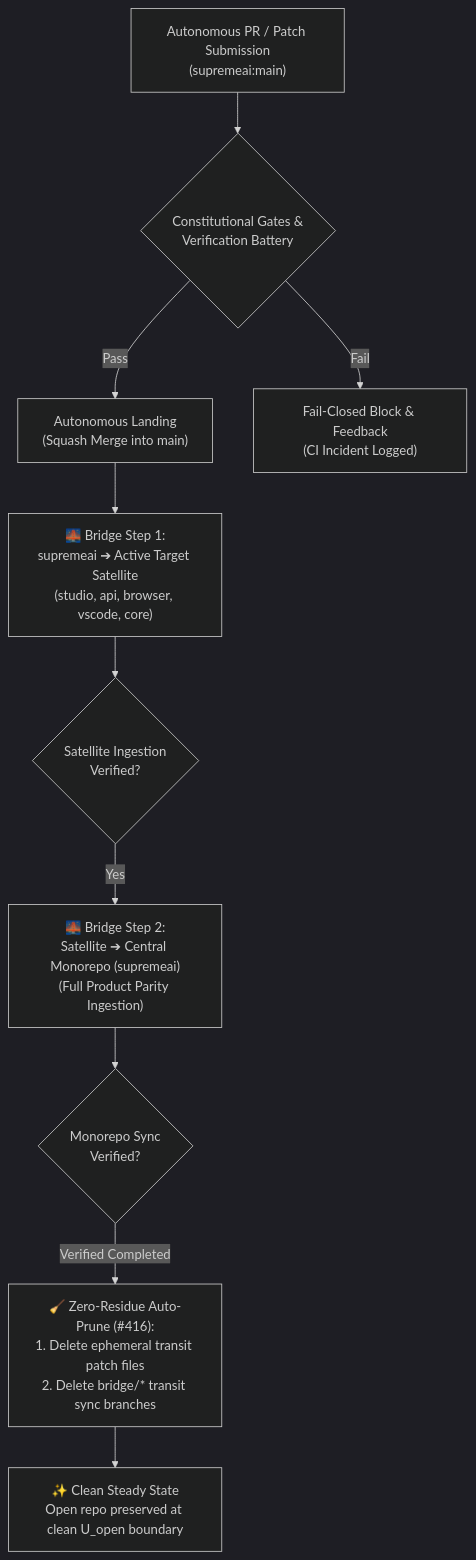
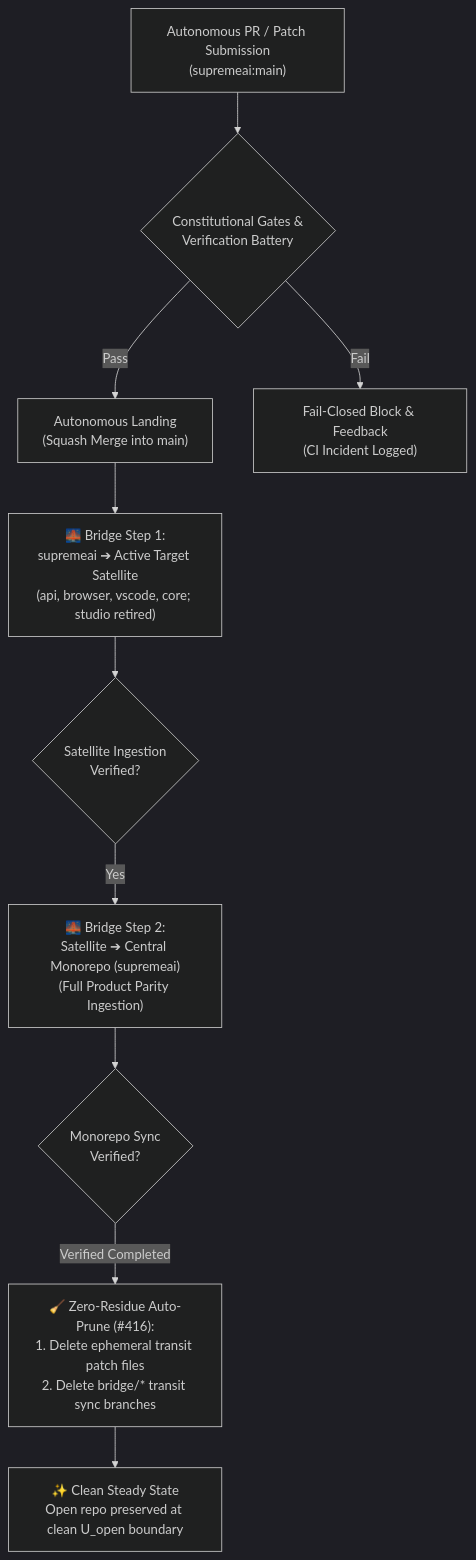
The third of 4 diagrams in README.md (Supremeai-bd/supremeai), drawn with Mermaid (dark theme) before and after one commit. The commit also changed other lines of this file and 71 other files, not shown here.

````diff
--- a/README.md
+++ b/README.md
@@ -97,18 +97,18 @@
 ```mermaid
 flowchart TD
     PR["Autonomous PR / Patch Submission<br>(supremeai:main)"] --> GATES{"Constitutional Gates &<br>Verification Battery"}
     
     GATES -- "Pass" --> LAND["Autonomous Landing<br>(Squash Merge into main)"]
     GATES -- "Fail" --> REJECT["Fail-Closed Block & Feedback<br>(CI Incident Logged)"]
     
-    LAND --> STEP1["🌉 Bridge Step 1:<br>supremeai ➔ Active Target Satellite<br>(studio, api, browser, vscode, core)"]
+    LAND --> STEP1["🌉 Bridge Step 1:<br>supremeai ➔ Active Target Satellite<br>(api, browser, vscode, core; studio retired)"]
     
     STEP1 --> VERIFY1{"Satellite Ingestion<br>Verified?"}
     VERIFY1 -- "Yes" --> STEP2["🌉 Bridge Step 2:<br>Satellite ➔ Central Monorepo (supremeai)<br>(Full Product Parity Ingestion)"]
     
     STEP2 --> VERIFY2{"Monorepo Sync<br>Verified?"}
     
     VERIFY2 -- "Verified Completed" --> PRUNE["🧹 Zero-Residue Auto-Prune (#416):<br>1. Delete ephemeral transit patch files<br>2. Delete bridge/* transit sync branches"]
     
     PRUNE --> CLEAN["✨ Clean Steady State<br>Open repo preserved at clean U_open boundary"]
 ```
````
